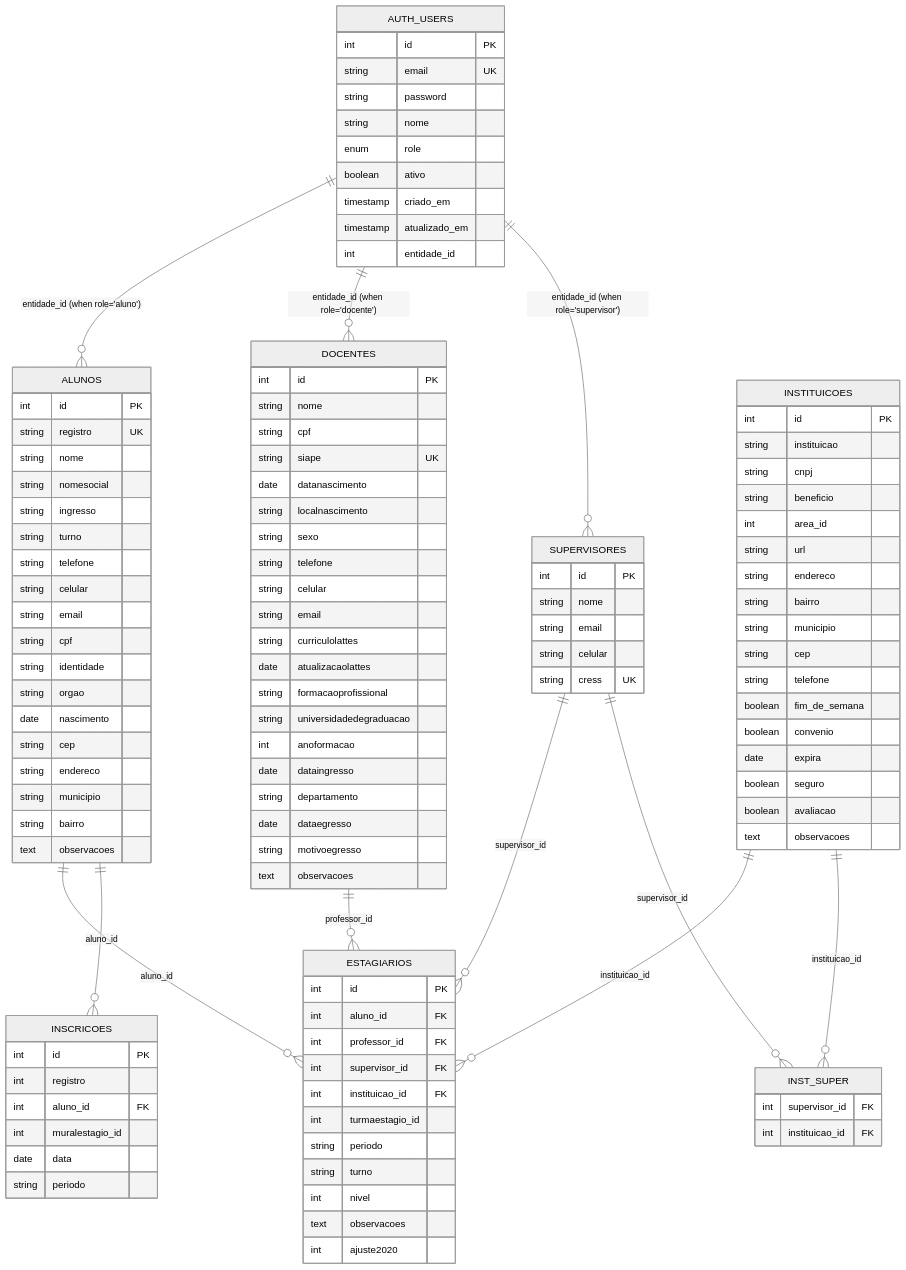
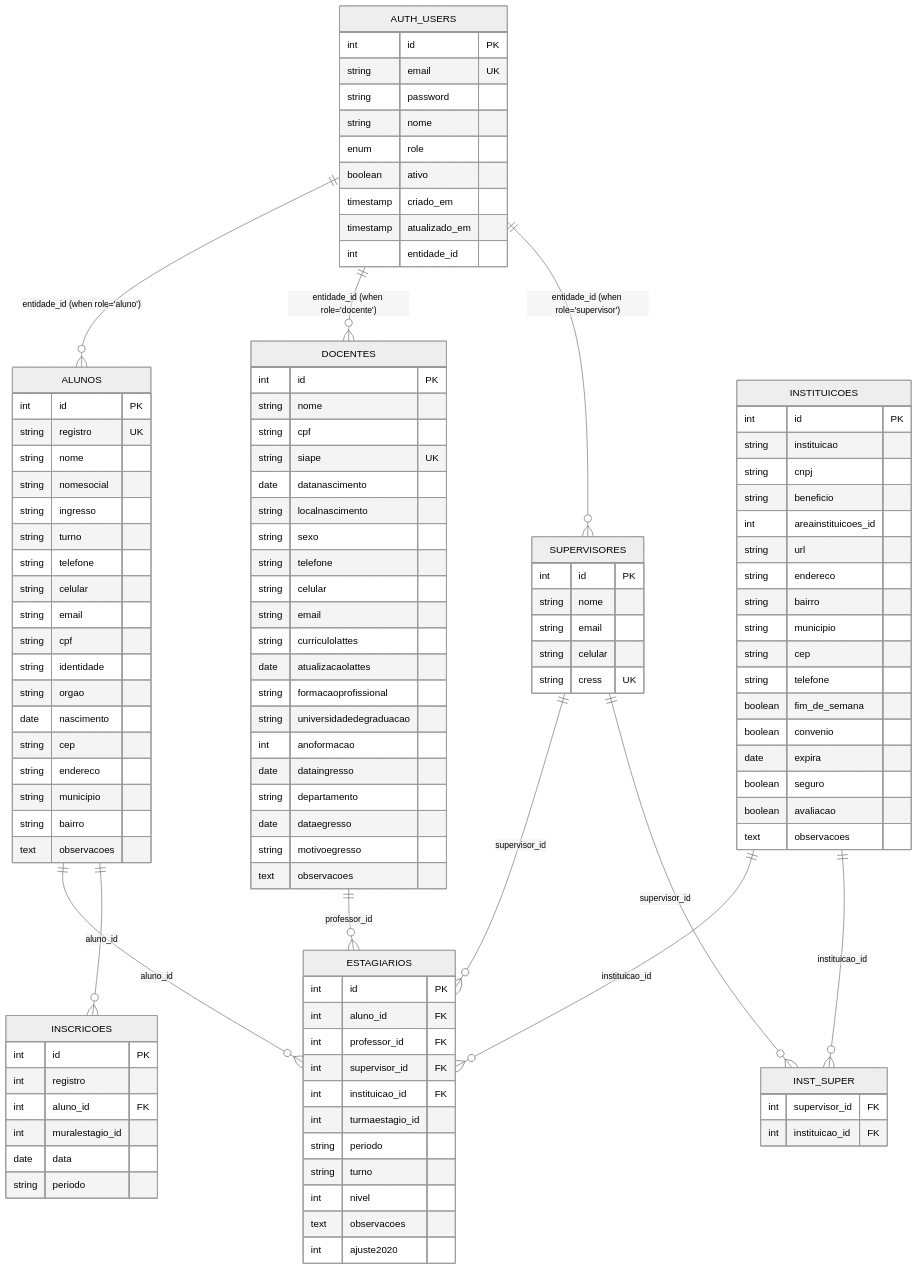
One commit to luiseduacosta/nodemural changed the seventh of 8 diagrams in .qoder/repowiki/en/content/Data Models & Database Design/Core Data Models.md. Above: the diagram before and after it, drawn with Mermaid (neutral theme). The commit also changed other lines of this file and 27 other files, not shown here.

```diff
--- a/.qoder/repowiki/en/content/Data Models & Database Design/Core Data Models.md
+++ b/.qoder/repowiki/en/content/Data Models & Database Design/Core Data Models.md
@@ -417,7 +417,7 @@
 string instituicao
 string cnpj
 string beneficio
-int area_id
+int areainstituicoes_id
 string url
 string endereco
 string bairro
```
